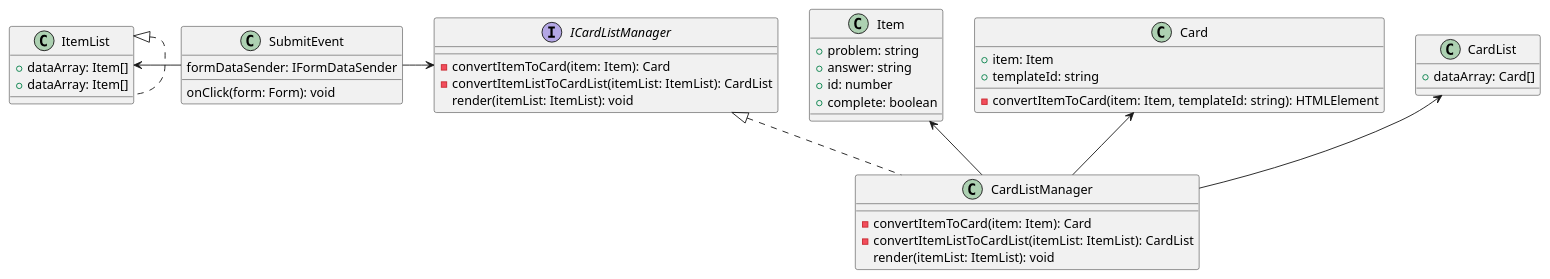
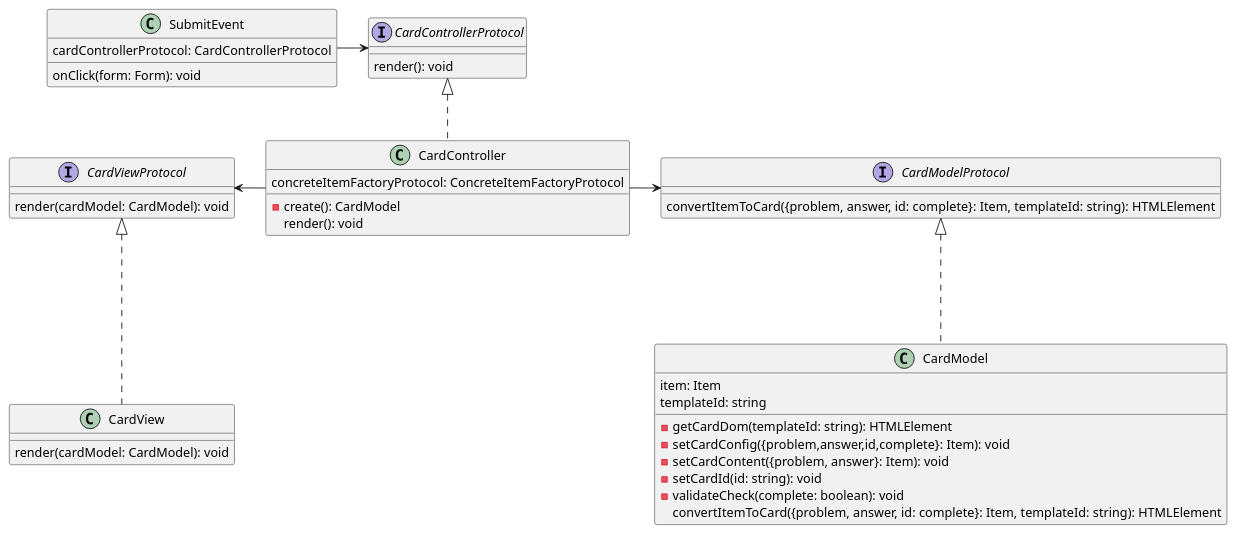
Before and after one commit to YNSTakeru/todo_practice: the diagram in renderItemList.puml, drawn with PlantUML. The commit also changed 12 other files, not shown here.

Commit message:
Adding to render card handler

```diff
--- a/renderItemList.puml
+++ b/renderItemList.puml
@@ -1,52 +1,51 @@
 @startuml RendderItemList
-interface ItemList{
-    + dataArray: Item[]
-}
 
-class ItemList{
-    + dataArray: Item[]
-}
 
-class Item{
-    + problem: string
-    + answer: string
-    + id: number
-    + complete: boolean
-}
-
-class Card{
- + item: Item
- + templateId: string
-  - convertItemToCard(item: Item, templateId: string): HTMLElement
-}
-
-class CardList{
-    + dataArray: Card[]
+class SubmitEvent{
+    cardControllerProtocol: CardControllerProtocol
+    onClick(form: Form): void
 }
 
 
-class SubmitEvent{
-    formDataSender: IFormDataSender
-    onClick(form: Form): void
+interface CardControllerProtocol{
+    render(): void
 }
 
-interface ICardListManager{
-    - convertItemToCard(item: Item): Card
-    - convertItemListToCardList(itemList: ItemList): CardList
-    render(itemList: ItemList): void
+class CardController{
+    concreteItemFactoryProtocol: ConcreteItemFactoryProtocol
+    - create(): CardModel
+    render(): void
 }
 
-class CardListManager{
-    - convertItemToCard(item: Item): Card
-    - convertItemListToCardList(itemList: ItemList): CardList
-    render(itemList: ItemList): void
+interface CardModelProtocol{
+      convertItemToCard({problem, answer, id: complete}: Item, templateId: string): HTMLElement
 }
 
-ItemList <- SubmitEvent
-ItemList <|-. ItemList
-SubmitEvent -> ICardListManager
-ICardListManager <|-. CardListManager
-Item <-- CardListManager
-Card <-- CardListManager
-CardList <-- CardListManager
+class CardModel{
+     item: Item
+     templateId: string
+
+    - getCardDom(templateId: string): HTMLElement
+    - setCardConfig({problem,answer,id,complete}: Item): void
+    - setCardContent({problem, answer}: Item): void
+    - setCardId(id: string): void
+    - validateCheck(complete: boolean): void
+    convertItemToCard({problem, answer, id: complete}: Item, templateId: string): HTMLElement
+}
+
+interface CardViewProtocol{
+    render(cardModel: CardModel): void
+}
+
+class CardView{
+    render(cardModel: CardModel): void
+}
+
+SubmitEvent -> CardControllerProtocol
+CardControllerProtocol <|-. CardController
+CardController -> CardModelProtocol
+CardModelProtocol <|--. CardModel
+CardViewProtocol <- CardController
+CardViewProtocol <|--. CardView
+
 @enduml
```
